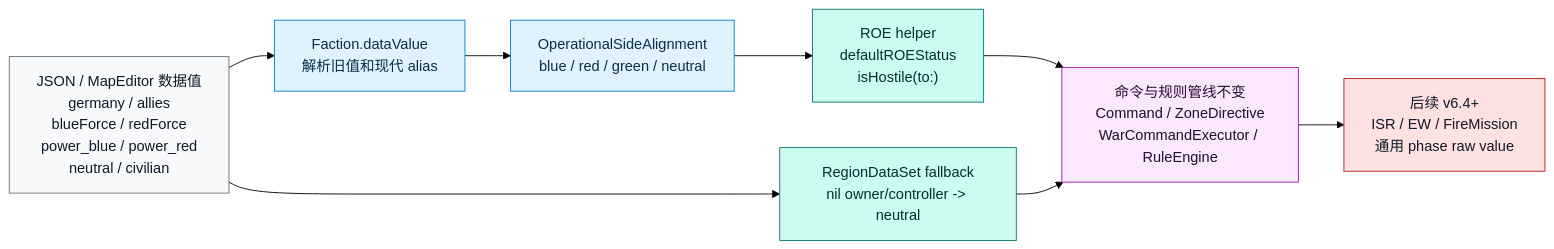
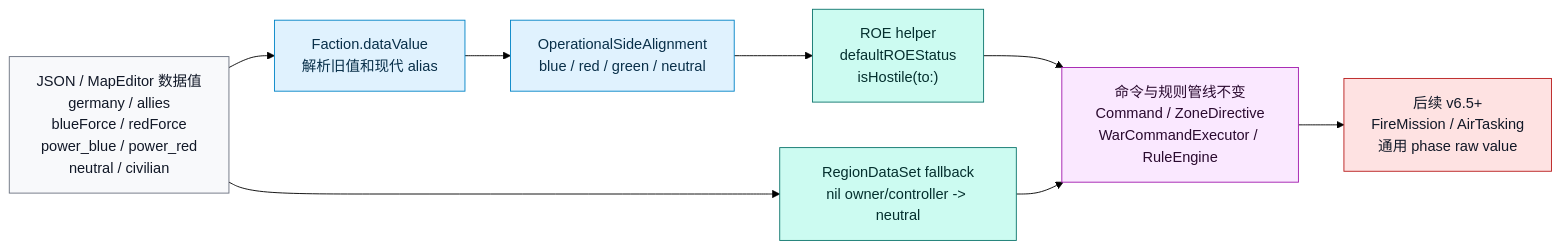
One commit to Altman-sam114/127 changed the third of 14 diagrams in md/flow/flowchart.md. Above: the diagram before and after it, drawn with Mermaid (forest theme). The commit also changed other lines of this file and 23 other files, not shown here.

````diff
--- a/md/flow/flowchart.md
+++ b/md/flow/flowchart.md
@@ -90,20 +90,20 @@
 ```mermaid
 flowchart LR
     DATA["JSON / MapEditor 数据值<br/>germany / allies<br/>blueForce / redForce<br/>power_blue / power_red<br/>neutral / civilian"]:::data
     FACTION["Faction.dataValue<br/>解析旧值和现代 alias"]:::state
     ALIGN["OperationalSideAlignment<br/>blue / red / green / neutral"]:::state
     ROE["ROE helper<br/>defaultROEStatus<br/>isHostile(to:)"]:::rules
     REGION["RegionDataSet fallback<br/>nil owner/controller -> neutral"]:::rules
     PIPE["命令与规则管线不变<br/>Command / ZoneDirective<br/>WarCommandExecutor / RuleEngine"]:::command
-    TODO["后续 v6.4+<br/>ISR / EW / FireMission<br/>通用 phase raw value"]:::risk
+    TODO["后续 v6.5+<br/>FireMission / AirTasking<br/>通用 phase raw value"]:::risk
 
     DATA --> FACTION --> ALIGN --> ROE --> PIPE
     DATA --> REGION --> PIPE
     PIPE --> TODO
 
     classDef data fill:#f8f9fb,stroke:#6b7280,color:#111827
     classDef state fill:#e0f2fe,stroke:#0284c7,color:#082f49
     classDef rules fill:#ccfbf1,stroke:#0f766e,color:#042f2e
     classDef command fill:#fae8ff,stroke:#a21caf,color:#2a0a2f
     classDef risk fill:#fee2e2,stroke:#b91c1c,color:#111827
 ```
````
